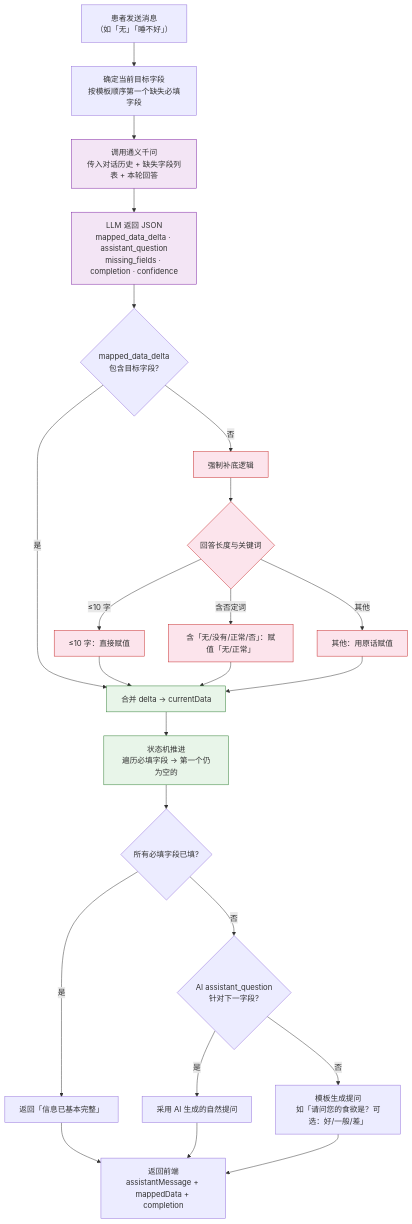
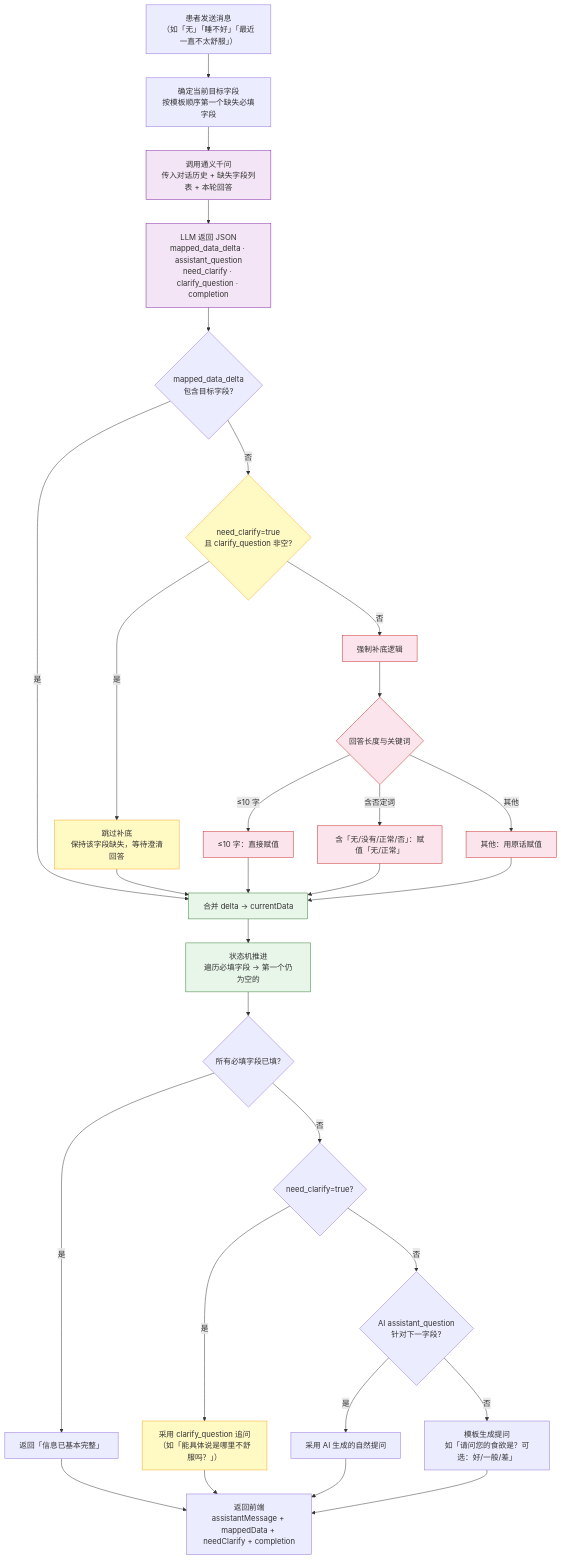
Before and after one commit to Axi-code/structured-clinical-assessment-tool-system: the fourth of 10 diagrams in docs/core-data-flows.md, drawn with Mermaid. The commit also changed other lines of this file and 4 other files, not shown here.

Commit message:
新增核心数据流图

````diff
--- a/docs/core-data-flows.md
+++ b/docs/core-data-flows.md
@@ -151,40 +151,50 @@
 ```mermaid
 flowchart TD
-    A["患者发送消息\n（如「无」「睡不好」）"]
+    A["患者发送消息\n（如「无」「睡不好」「最近一直不太舒服」）"]
     B["确定当前目标字段\n按模板顺序第一个缺失必填字段"]
     C["调用通义千问\n传入对话历史 + 缺失字段列表 + 本轮回答"]
-    D["LLM 返回 JSON\nmapped_data_delta · assistant_question\nmissing_fields · completion · confidence"]
+    D["LLM 返回 JSON\nmapped_data_delta · assistant_question\nneed_clarify · clarify_question · completion"]
     E{"mapped_data_delta\n包含目标字段?"}
+    CL{"need_clarify=true\n且 clarify_question 非空?"}
     G["合并 delta → currentData"]
     F["强制补底逻辑"]
     F1{"回答长度与关键词"}
     F2["≤10 字：直接赋值"]
     F3["含「无/没有/正常/否」：赋值「无/正常」"]
     F4["其他：用原话赋值"]
+    SK["跳过补底\n保持该字段缺失，等待澄清回答"]
     H["状态机推进\n遍历必填字段 → 第一个仍为空的"]
     I{"所有必填字段已填?"}
-    J{"AI assistant_question\n针对下一字段?"}
+    J{"need_clarify=true?"}
+    J2{"AI assistant_question\n针对下一字段?"}
     K["返回「信息已基本完整」"]
-    L["采用 AI 生成的自然提问"]
+    L["采用 clarify_question 追问\n（如「能具体说是哪里不舒服吗？」）"]
+    L2["采用 AI 生成的自然提问"]
     M["模板生成提问\n如「请问您的食欲是？可选：好/一般/差」"]
-    N["返回前端\nassistantMessage + mappedData + completion"]
+    N["返回前端\nassistantMessage + mappedData + needClarify + completion"]
 
     A --> B --> C --> D --> E
     E -->|是| G
-    E -->|否| F --> F1
+    E -->|否| CL
+    CL -->|是| SK --> G
+    CL -->|否| F --> F1
     F1 -->|≤10 字| F2 --> G
     F1 -->|含否定词| F3 --> G
     F1 -->|其他| F4 --> G
     G --> H --> I
     I -->|否| J
     I -->|是| K --> N
     J -->|是| L --> N
-    J -->|否| M --> N
+    J -->|否| J2
+    J2 -->|是| L2 --> N
+    J2 -->|否| M --> N
 
     classDef llm fill:#f3e5f5,stroke:#7b1fa2
+    classDef clarify fill:#fff9c4,stroke:#f9a825
     classDef fallback fill:#fce4ec,stroke:#c62828
     classDef merge fill:#e8f5e9,stroke:#2e7d32
     class C,D llm
+    class CL,L,SK clarify
     class F,F1,F2,F3,F4 fallback
     class G,H merge
 ```
````
